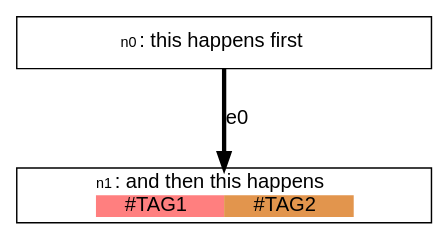
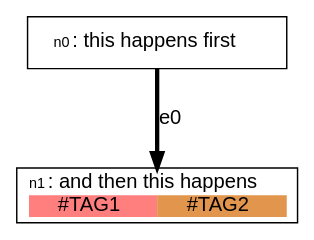
The diagram in examples/readme_example_1.dot (stevecooperorg/microdot), drawn with Graphviz before and after one commit. The commit also changed 4 other files, not shown here.

```diff
--- a/examples/readme_example_1.dot
+++ b/examples/readme_example_1.dot
@@ -1,32 +1,32 @@
 digraph {
 
     graph [fontname = "helvetica" rankdir="TB" ranksep=0.75 nodesep=0.5];
-    node [fontname = "helvetica" shape = "box" width=4 style=filled];
+    node [fontname = "helvetica" shape = "box" width=2.5 style=filled];
     edge [fontname = "helvetica" penwidth=3 color="#000000"];
 
     n0 [label=< <TABLE BORDER="0" CELLPADDING="0" CELLSPACING="0">
     <TR>
         <TD COLSPAN="1"><FONT POINT-SIZE="10">n0</FONT>: this happens first</TD>
     </TR>
     
    </TABLE>
 > fillcolor="#FFFFFF"]
     n1 [label=< <TABLE BORDER="0" CELLPADDING="0" CELLSPACING="0">
     <TR>
         <TD COLSPAN="2"><FONT POINT-SIZE="10">n1</FONT>: and then this happens</TD>
     </TR>
     
     <TR>
         
             <TD BGCOLOR="#FF7F7F"><FONT COLOR="#000000">#TAG1</FONT></TD>
         
             <TD BGCOLOR="#E2954D"><FONT COLOR="#000000">#TAG2</FONT></TD>
         
     </TR>
     
    </TABLE>
 > fillcolor="#FFFFFF"]
 
     "n0" -> "n1" [label="e0"];
 
 }
```
